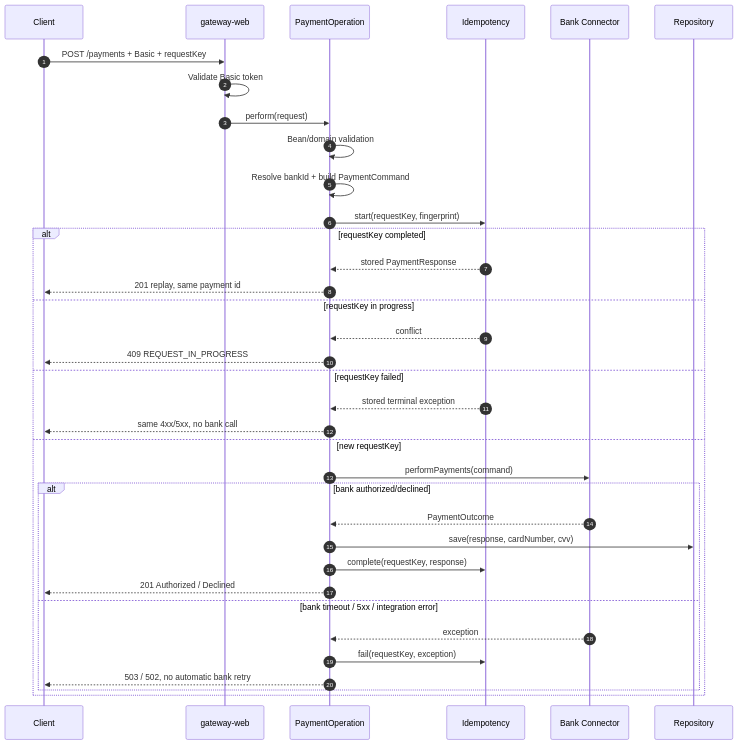
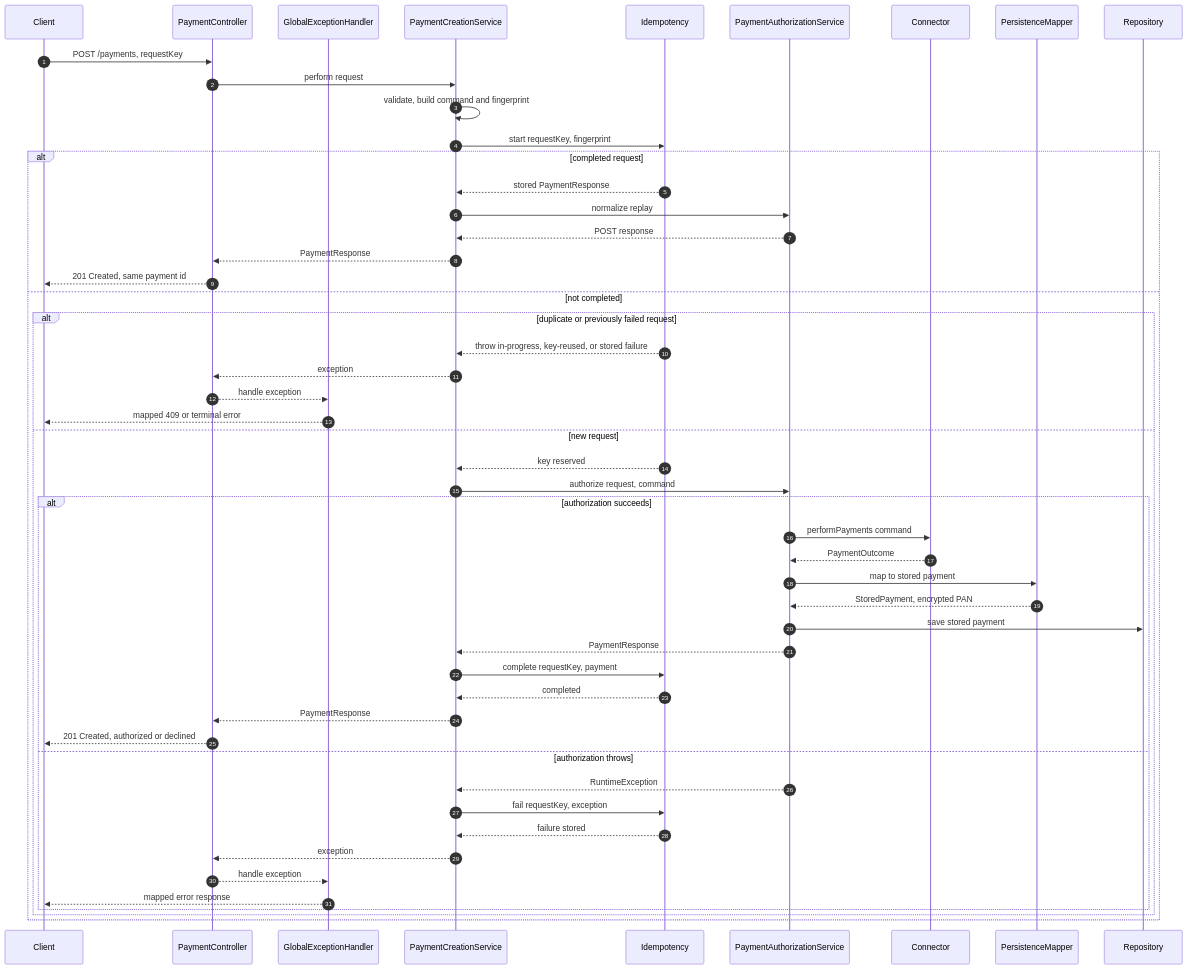
Before and after one commit to huyoyo/payment-gateway-challenge-java: the second of 6 diagrams in README.md, drawn with Mermaid. The commit also changed other lines of this file and 73 other files, not shown here.

````diff
--- a/README.md
+++ b/README.md
@@ -160,40 +202,55 @@
 ```mermaid
 sequenceDiagram
-    autonumber
-    participant C as Client
-    participant W as gateway-web
-    participant O as PaymentOperation
-    participant I as Idempotency
-    participant B as Bank Connector
-    participant R as Repository
+autonumber
+participant C as Client
+participant Ctl as PaymentController
+participant Advice as GlobalExceptionHandler
+participant Creation as PaymentCreationService
+participant I as Idempotency
+participant Auth as PaymentAuthorizationService
+participant Bank as Connector
+participant Map as PersistenceMapper
+participant Repo as Repository
 
-    C->>W: POST /payments + Basic + requestKey
-    W->>W: Validate Basic token
-    W->>O: perform(request)
-    O->>O: Bean/domain validation
-    O->>O: Resolve bankId + build PaymentCommand
-    O->>I: start(requestKey, fingerprint)
+C->>Ctl: POST /payments, requestKey
+Ctl->>Creation: perform request
+Creation->>Creation: validate, build command and fingerprint
+Creation->>I: start requestKey, fingerprint
 
-    alt requestKey completed
-        I-->>O: stored PaymentResponse
-        O-->>C: 201 replay, same payment id
-    else requestKey in progress
-        I-->>O: conflict
-        O-->>C: 409 REQUEST_IN_PROGRESS
-    else requestKey failed
-        I-->>O: stored terminal exception
-        O-->>C: same 4xx/5xx, no bank call
-    else new requestKey
-        O->>B: performPayments(command)
-        alt bank authorized/declined
-            B-->>O: PaymentOutcome
-            O->>R: save(response, cardNumber, cvv)
-            O->>I: complete(requestKey, response)
-            O-->>C: 201 Authorized / Declined
-        else bank timeout / 5xx / integration error
-            B-->>O: exception
-            O->>I: fail(requestKey, exception)
-            O-->>C: 503 / 502, no automatic bank retry
+alt completed request
+    I-->>Creation: stored PaymentResponse
+    Creation->>Auth: normalize replay
+    Auth-->>Creation: POST response
+    Creation-->>Ctl: PaymentResponse
+    Ctl-->>C: 201 Created, same payment id
+else not completed
+    alt duplicate or previously failed request
+        I-->>Creation: throw in-progress, key-reused, or stored failure
+        Creation-->>Ctl: exception
+        Ctl-->>Advice: handle exception
+        Advice-->>C: mapped 409 or terminal error
+    else new request
+        I-->>Creation: key reserved
+        Creation->>Auth: authorize request, command
+        alt authorization succeeds
+            Auth->>Bank: performPayments command
+            Bank-->>Auth: PaymentOutcome
+            Auth->>Map: map to stored payment
+            Map-->>Auth: StoredPayment, encrypted PAN
+            Auth->>Repo: save stored payment
+            Auth-->>Creation: PaymentResponse
+            Creation->>I: complete requestKey, payment
+            I-->>Creation: completed
+            Creation-->>Ctl: PaymentResponse
+            Ctl-->>C: 201 Created, authorized or declined
+        else authorization throws
+            Auth-->>Creation: RuntimeException
+            Creation->>I: fail requestKey, exception
+            I-->>Creation: failure stored
+            Creation-->>Ctl: exception
+            Ctl-->>Advice: handle exception
+            Advice-->>C: mapped error response
         end
     end
+end
 ```
````
